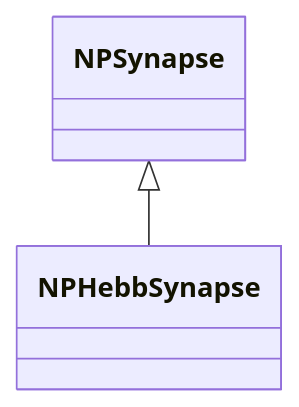
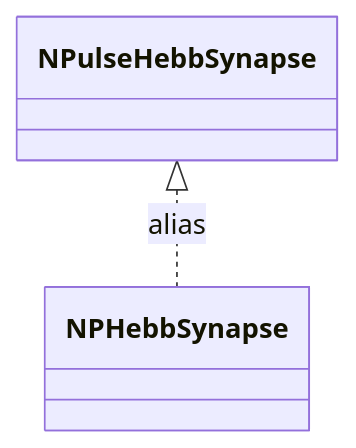
The second of 2 diagrams in Docs/Components/NPHebbSynapse.md (aicommunity/Nmsdk-PulseLib), drawn with Mermaid before and after one commit. The commit also changed other lines of this file and 196 other files, not shown here.

````diff
--- a/Docs/Components/NPHebbSynapse.md
+++ b/Docs/Components/NPHebbSynapse.md
@@ -60,4 +125,4 @@
 ```mermaid
 classDiagram
-    NPSynapse <|-- NPHebbSynapse
+    NPulseHebbSynapse <|.. NPHebbSynapse : alias
 ```
````
